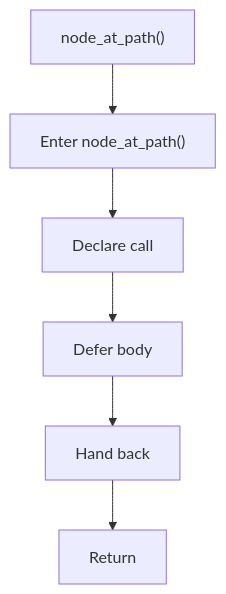
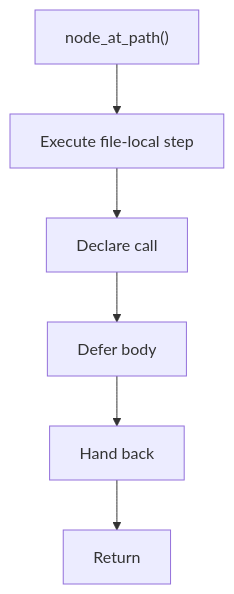
Before and after one commit to JohnAndrewBalbarosa/NeoTerritory: the diagram in docs/Codebase/Microservice/Modules/Header/SyntacticBrokenAST/Trees/Actual/Internal/Flow/functions/node_at_path.hpp.md, drawn with Mermaid. The commit also changed other lines of this file and 925 other files, not shown here.

````diff
--- a/docs/Codebase/Microservice/Modules/Header/SyntacticBrokenAST/Trees/Actual/Internal/Flow/functions/node_at_path.hpp.md
+++ b/docs/Codebase/Microservice/Modules/Header/SyntacticBrokenAST/Trees/Actual/Internal/Flow/functions/node_at_path.hpp.md
@@ -16,14 +16,14 @@
 ```mermaid
 flowchart TD
     Start["node_at_path()"]
-    N0["Enter node_at_path()"]
+    N0["Execute file-local step"]
     N1["Declare call"]
     N2["Defer body"]
     N3["Hand back"]
     End["Return"]
     Start --> N0
     N0 --> N1
     N1 --> N2
     N2 --> N3
     N3 --> End
 ```
````
